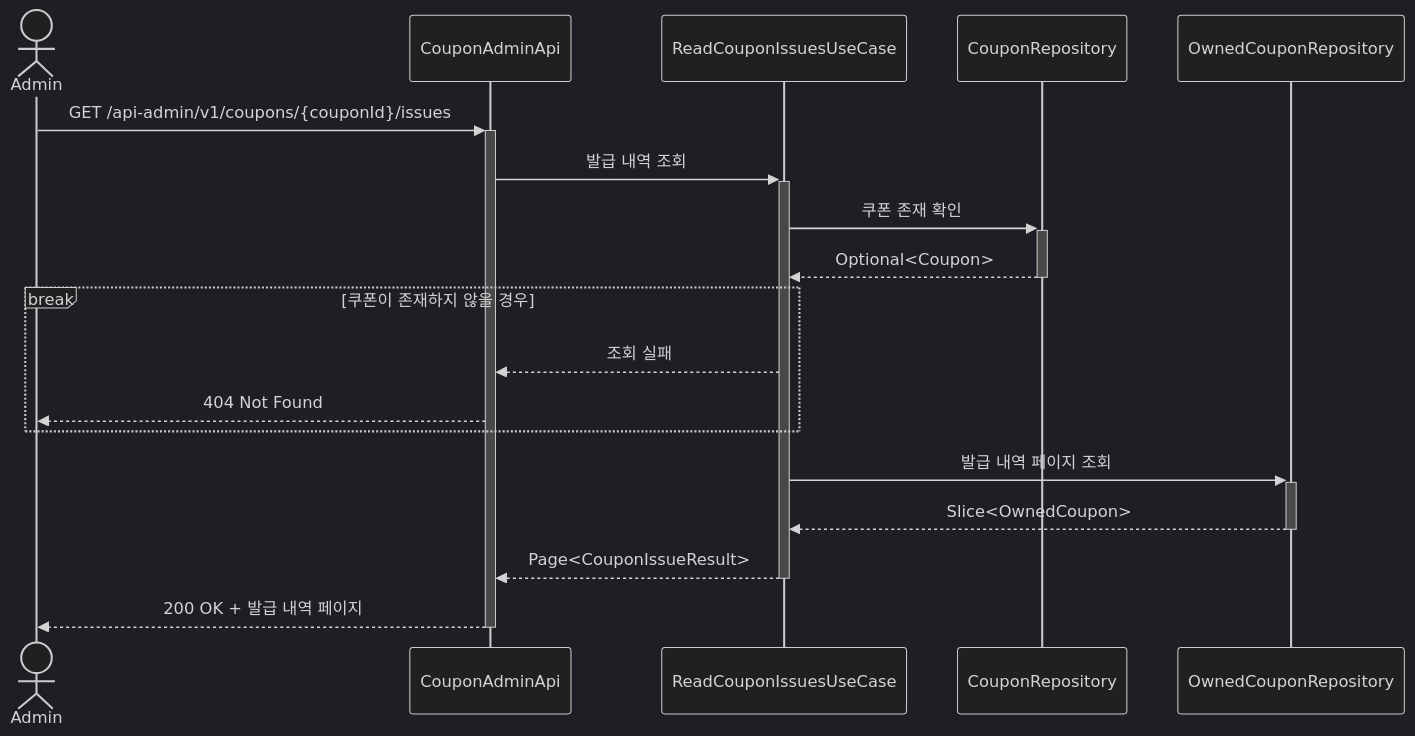
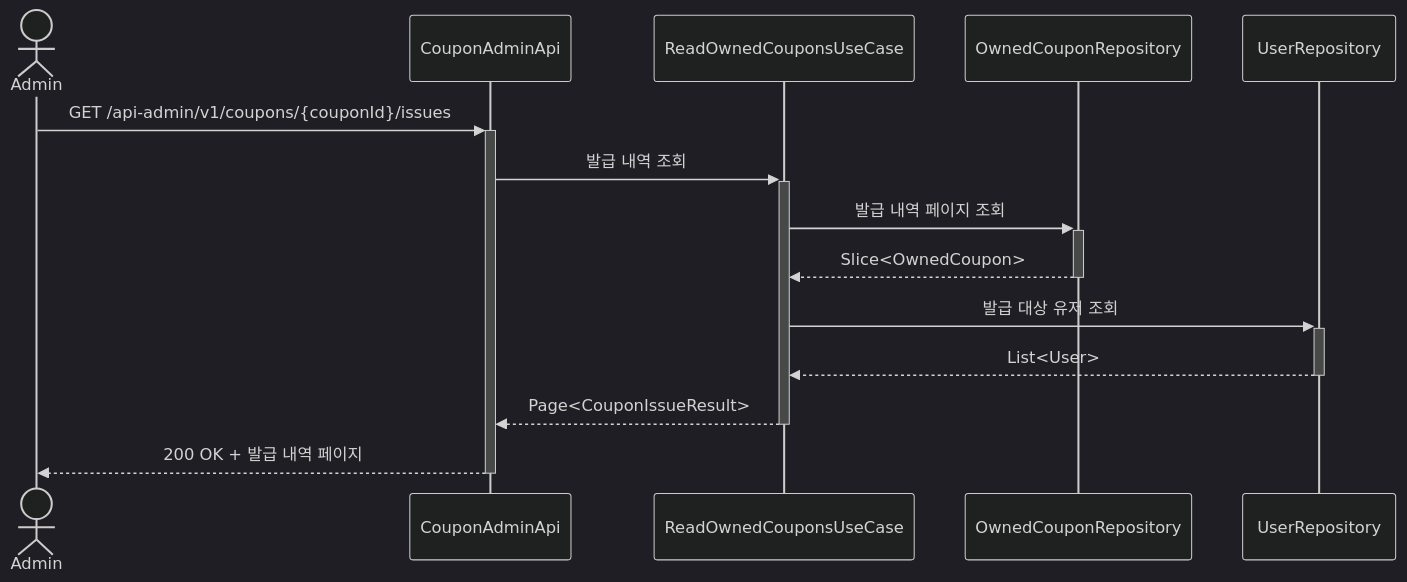
Before and after one commit to Loopers-dev-lab/loop-pack-be-l2-vol3-java: diagram 24 of 31 in .docs/design/02-sequence-diagrams.md, drawn with Mermaid (dark theme). The commit also changed 14 other files, not shown here.

````diff
--- a/.docs/design/02-sequence-diagrams.md
+++ b/.docs/design/02-sequence-diagrams.md
@@ -818,25 +818,20 @@
 ```mermaid
 sequenceDiagram
     actor Admin
     participant CouponAdminApi
-    participant ReadCouponIssuesUseCase
-    participant CouponRepository
+    participant ReadOwnedCouponsUseCase
     participant OwnedCouponRepository
+    participant UserRepository
 
     Admin ->>+ CouponAdminApi: GET /api-admin/v1/coupons/{couponId}/issues
-    CouponAdminApi ->>+ ReadCouponIssuesUseCase: 발급 내역 조회
+    CouponAdminApi ->>+ ReadOwnedCouponsUseCase: 발급 내역 조회
 
-    ReadCouponIssuesUseCase ->>+ CouponRepository: 쿠폰 존재 확인
-    CouponRepository -->>- ReadCouponIssuesUseCase: Optional<Coupon>
+    ReadOwnedCouponsUseCase ->>+ OwnedCouponRepository: 발급 내역 페이지 조회
+    OwnedCouponRepository -->>- ReadOwnedCouponsUseCase: Slice<OwnedCoupon>
 
-    break 쿠폰이 존재하지 않을 경우
-        ReadCouponIssuesUseCase -->> CouponAdminApi: 조회 실패
-        CouponAdminApi -->> Admin: 404 Not Found
-    end
+    ReadOwnedCouponsUseCase ->>+ UserRepository: 발급 대상 유저 조회
+    UserRepository -->>- ReadOwnedCouponsUseCase: List<User>
 
-    ReadCouponIssuesUseCase ->>+ OwnedCouponRepository: 발급 내역 페이지 조회
-    OwnedCouponRepository -->>- ReadCouponIssuesUseCase: Slice<OwnedCoupon>
-
-    ReadCouponIssuesUseCase -->>- CouponAdminApi: Page<CouponIssueResult>
+    ReadOwnedCouponsUseCase -->>- CouponAdminApi: Page<CouponIssueResult>
     CouponAdminApi -->>- Admin: 200 OK + 발급 내역 페이지
 ```
````
